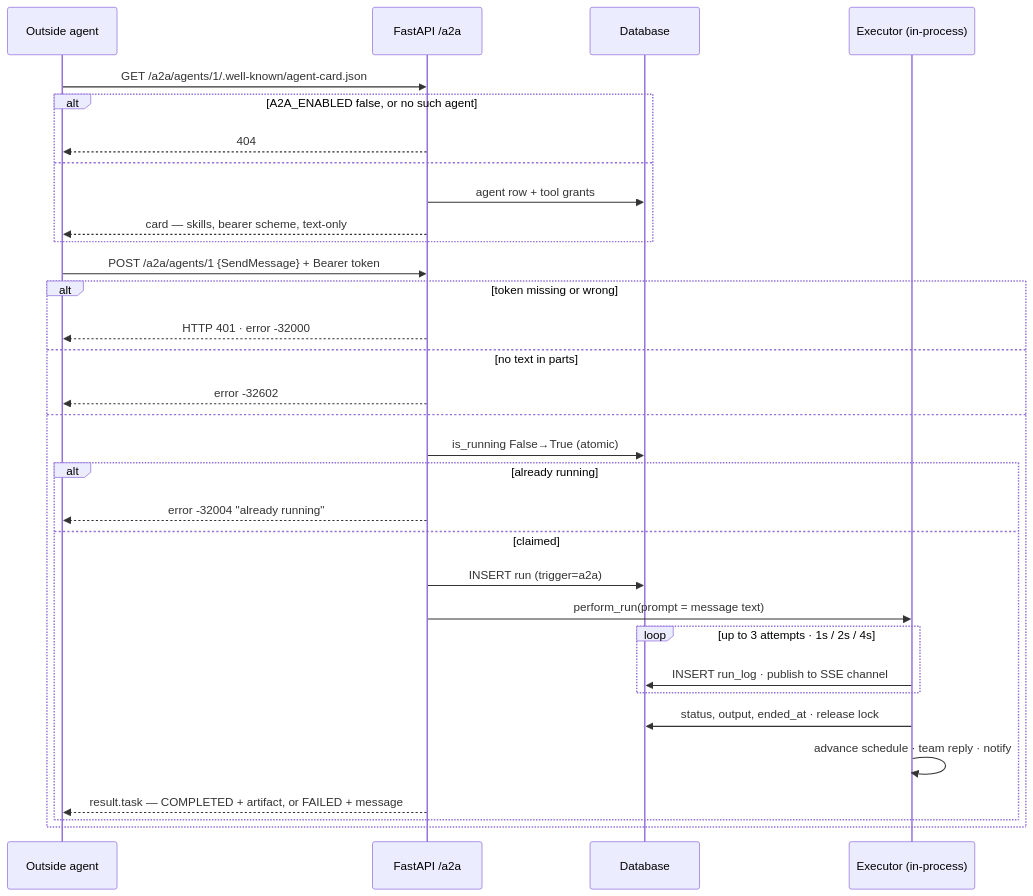
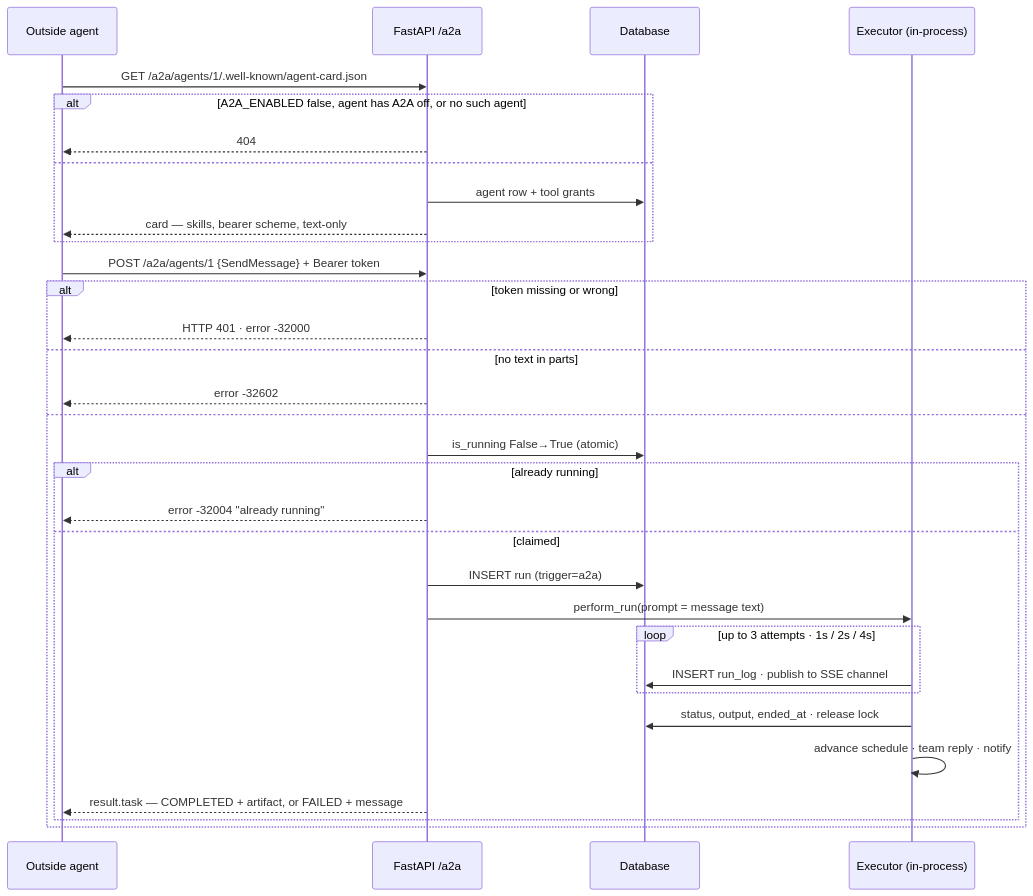
Before and after one commit to Balaji91221/agent-platform: the fifth of 6 diagrams in backend/docs/FLOW.md, drawn with Mermaid. The commit also changed 19 other files, not shown here.

````diff
--- a/backend/docs/FLOW.md
+++ b/backend/docs/FLOW.md
@@ -171,36 +171,36 @@
 ```mermaid
 sequenceDiagram
     participant P as Outside agent
     participant A as FastAPI /a2a
     participant D as Database
     participant X as Executor (in-process)
 
     P->>A: GET /a2a/agents/1/.well-known/agent-card.json
-    alt A2A_ENABLED false, or no such agent
+    alt A2A_ENABLED false, agent has A2A off, or no such agent
         A-->>P: 404
     else
         A->>D: agent row + tool grants
         A-->>P: card — skills, bearer scheme, text-only
     end
 
     P->>A: POST /a2a/agents/1 {SendMessage} + Bearer token
     alt token missing or wrong
         A-->>P: HTTP 401 · error -32000
     else no text in parts
         A-->>P: error -32602
     else
         A->>D: is_running False→True (atomic)
         alt already running
             A-->>P: error -32004 "already running"
         else claimed
             A->>D: INSERT run (trigger=a2a)
             A->>X: perform_run(prompt = message text)
             loop up to 3 attempts · 1s / 2s / 4s
                 X->>D: INSERT run_log · publish to SSE channel
             end
             X->>D: status, output, ended_at · release lock
             X->>X: advance schedule · team reply · notify
             A-->>P: result.task — COMPLETED + artifact, or FAILED + message
         end
     end
 ```
````
